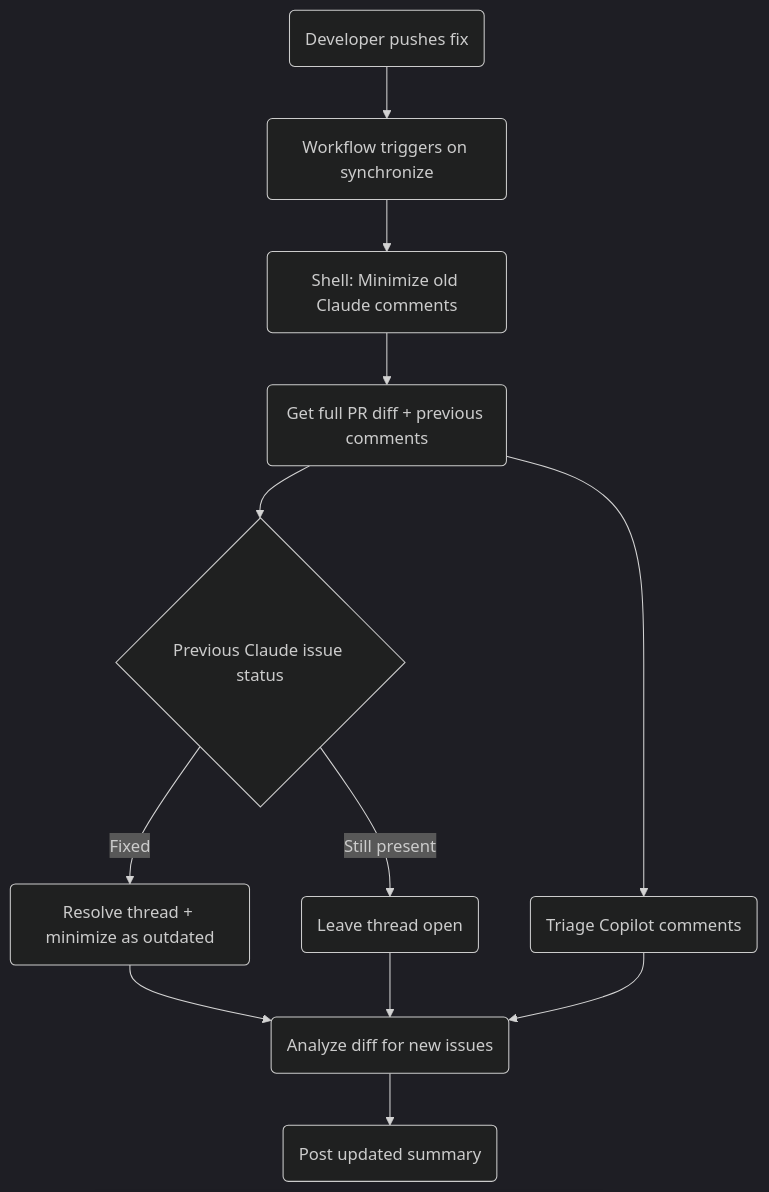
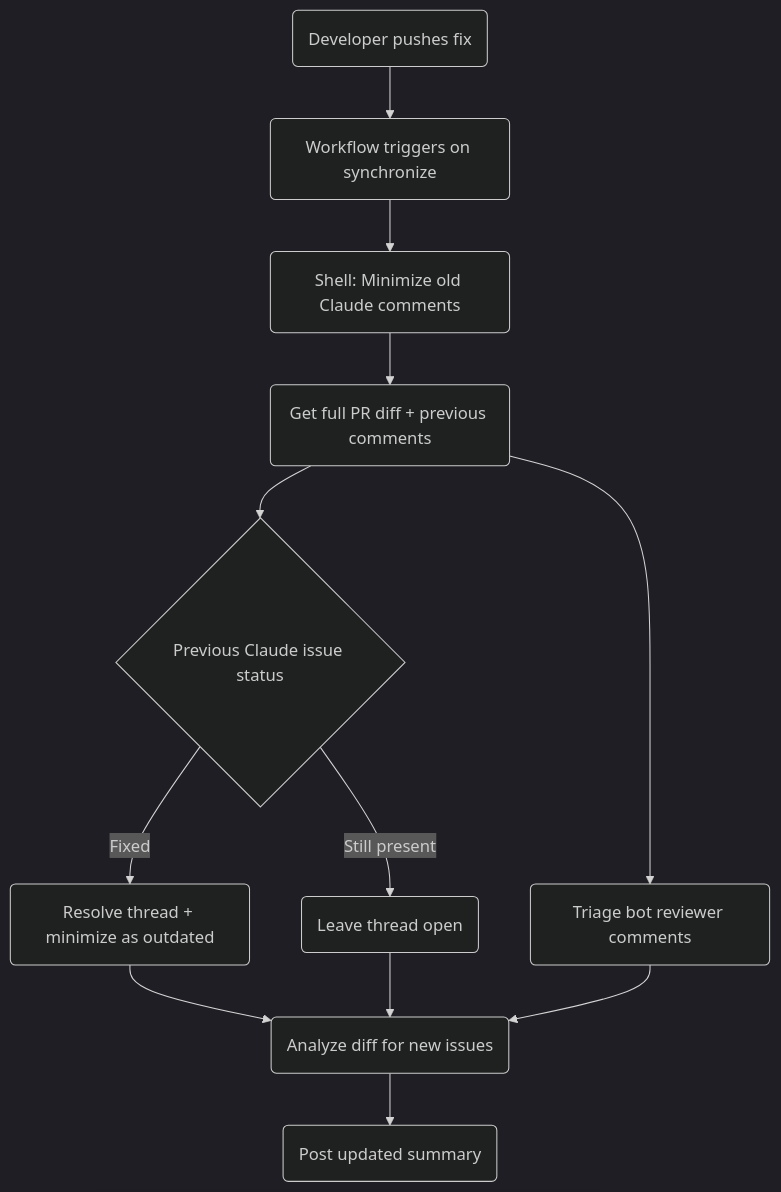
The second of 2 diagrams in docs/claude-code-review.md (SchweizerischeBundesbahnen/github-workflows-polarion), drawn with Mermaid (dark theme) before and after one commit. The commit also changed other lines of this file and 2 other files, not shown here.

First line of the commit message:
feat: generalize review triage to all bot reviewers (#45)

````diff
--- a/docs/claude-code-review.md
+++ b/docs/claude-code-review.md
@@ -160,14 +160,14 @@
 ```mermaid
 flowchart TD
   A(Developer pushes fix) --> B(Workflow triggers on synchronize)
   B --> C(Shell: Minimize old Claude comments)
   C --> D(Get full PR diff + previous comments)
   D --> E{Previous Claude issue status}
   E -->|Fixed| F(Resolve thread + minimize as outdated)
   E -->|Still present| G(Leave thread open)
-  D --> H(Triage Copilot comments)
+  D --> H(Triage bot reviewer comments)
   F --> I(Analyze diff for new issues)
   G --> I
   H --> I
   I --> J(Post updated summary)
 ```
````
